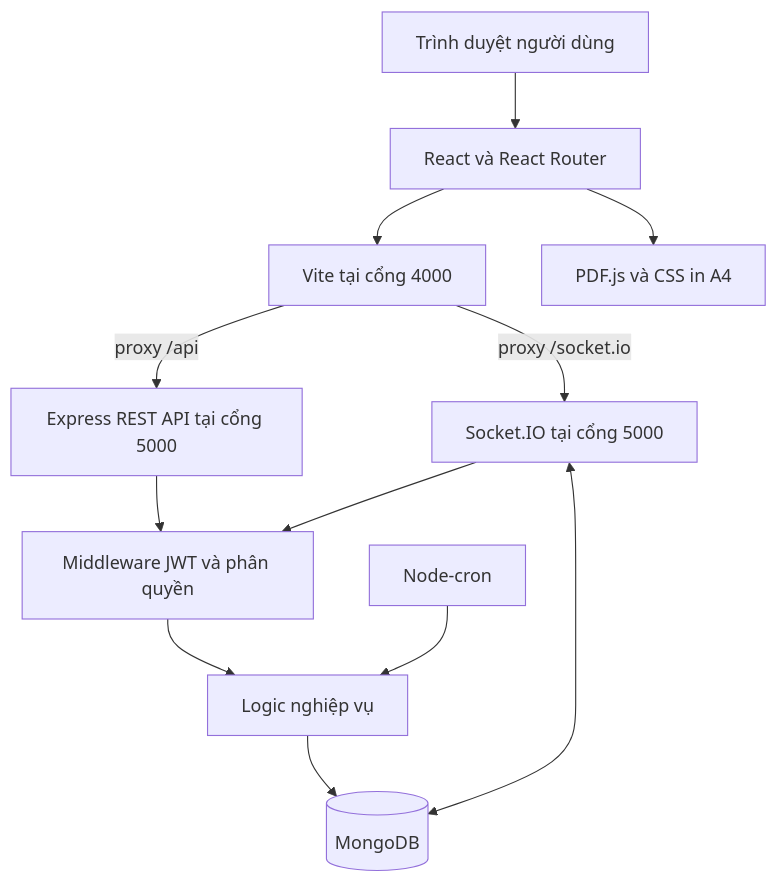
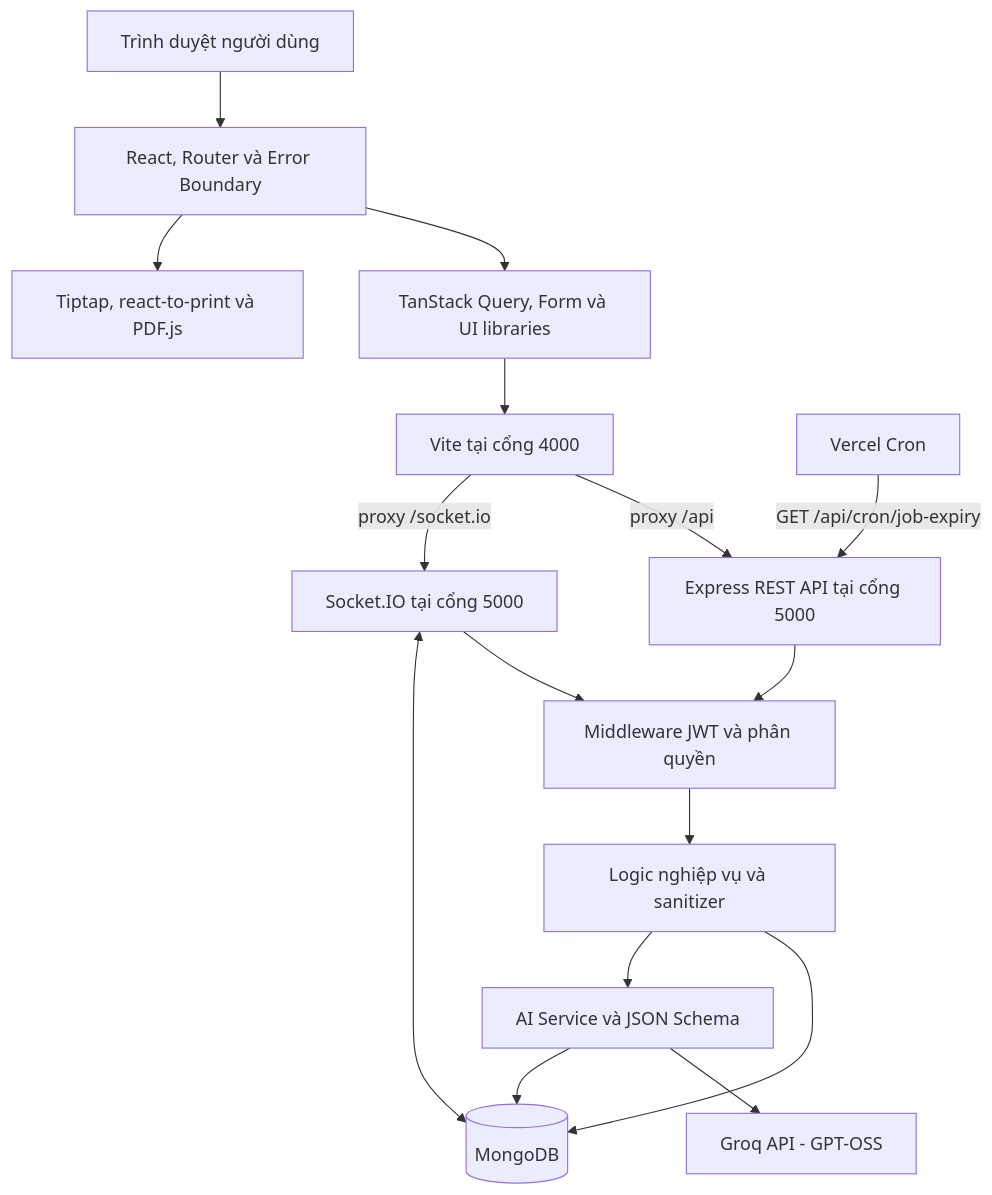
The second of 12 diagrams in docs/bao-cao-do-an-rabbitcv.md (vinhvt619/DA2), drawn with Mermaid before and after one commit. The commit also changed other lines of this file and 172 other files, not shown here.

````diff
--- a/docs/bao-cao-do-an-rabbitcv.md
+++ b/docs/bao-cao-do-an-rabbitcv.md
@@ -273,23 +293,28 @@
 ```mermaid
 flowchart TB
-    Browser[Trình duyệt người dùng]
-    React[React và React Router]
-    Vite[Vite tại cổng 4000]
-    API[Express REST API tại cổng 5000]
-    Socket[Socket.IO tại cổng 5000]
-    Auth[Middleware JWT và phân quyền]
-    Service[Logic nghiệp vụ]
+    Browser["Trình duyệt người dùng"]
+    React["React, Router và Error Boundary"]
+    ClientData["TanStack Query, Form và UI libraries"]
+    Vite["Vite tại cổng 4000"]
+    API["Express REST API tại cổng 5000"]
+    Socket["Socket.IO tại cổng 5000"]
+    Auth["Middleware JWT và phân quyền"]
+    Service["Logic nghiệp vụ và sanitizer"]
+    AI["AI Service và JSON Schema"]
+    Groq["Groq API - GPT-OSS"]
     Mongo[(MongoDB)]
-    Cron[Node-cron]
-    PDF[PDF.js và CSS in A4]
+    Cron["Vercel Cron"]
+    PDF["Tiptap, react-to-print và PDF.js"]
 
     Browser --> React
-    React --> Vite
+    React --> ClientData --> Vite
     Vite -->|proxy /api| API
     Vite -->|proxy /socket.io| Socket
     API --> Auth --> Service --> Mongo
+    Service --> AI --> Groq
+    AI --> Mongo
     Socket --> Auth
     Socket <--> Mongo
-    Cron --> Service
+    Cron -->|GET /api/cron/job-expiry| API
     React --> PDF
 ```
````
